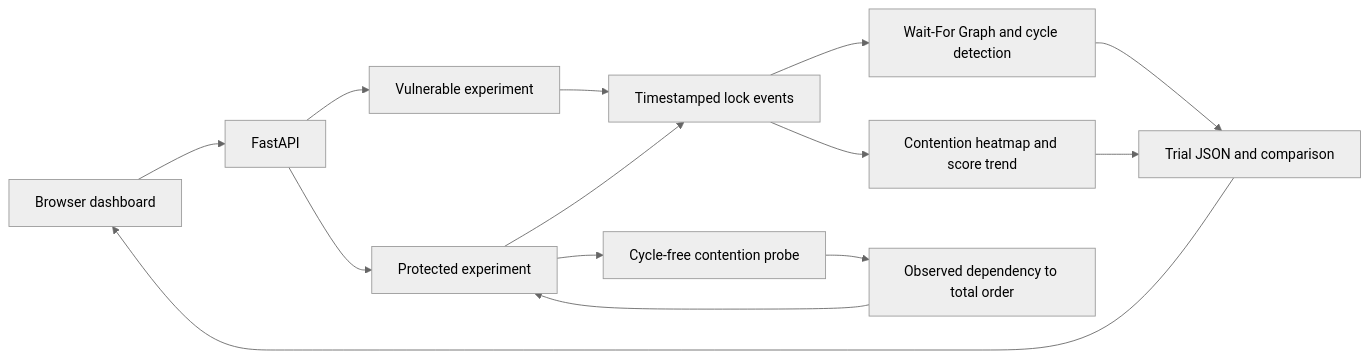
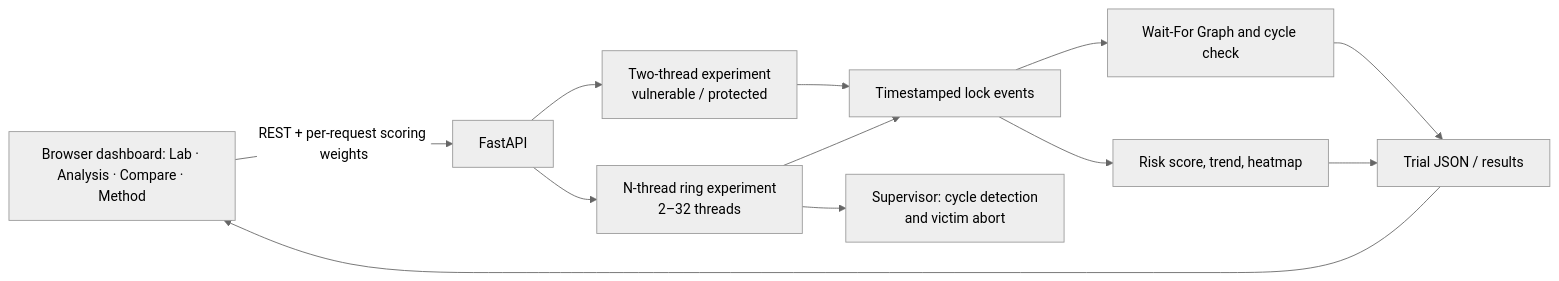
Before and after one commit to midhungereketi/predictive-deadlock-lab: the diagram in docs/FINAL_REPORT.md, drawn with Mermaid (neutral theme). The commit also changed other lines of this file and 31 other files, not shown here.

````diff
--- a/docs/FINAL_REPORT.md
+++ b/docs/FINAL_REPORT.md
@@ -19,16 +27,14 @@
 ```mermaid
 flowchart LR
-  UI[Browser dashboard] --> API[FastAPI]
-  API --> V[Vulnerable experiment]
-  API --> P[Protected experiment]
-  V --> E[Timestamped lock events]
-  P --> E
-  E --> G[Wait-For Graph and cycle detection]
-  E --> C[Contention heatmap and score trend]
-  G --> R[Trial JSON and comparison]
-  C --> R
-  R --> UI
-  P --> Q[Cycle-free contention probe]
-  Q --> O[Observed dependency to total order]
-  O --> P
+  UI[Browser dashboard: Lab · Analysis · Compare · Method] -->|REST + per-request scoring weights| API[FastAPI]
+  API --> T2[Two-thread experiment<br/>vulnerable / protected]
+  API --> RING[N-thread ring experiment<br/>2–32 threads]
+  T2 --> EV[Timestamped lock events]
+  RING --> EV
+  RING --> SUP[Supervisor: cycle detection<br/>and victim abort]
+  EV --> WFG[Wait-For Graph and cycle check]
+  EV --> SC[Risk score, trend, heatmap]
+  WFG --> OUT[Trial JSON / results]
+  SC --> OUT
+  OUT --> UI
 ```
````
